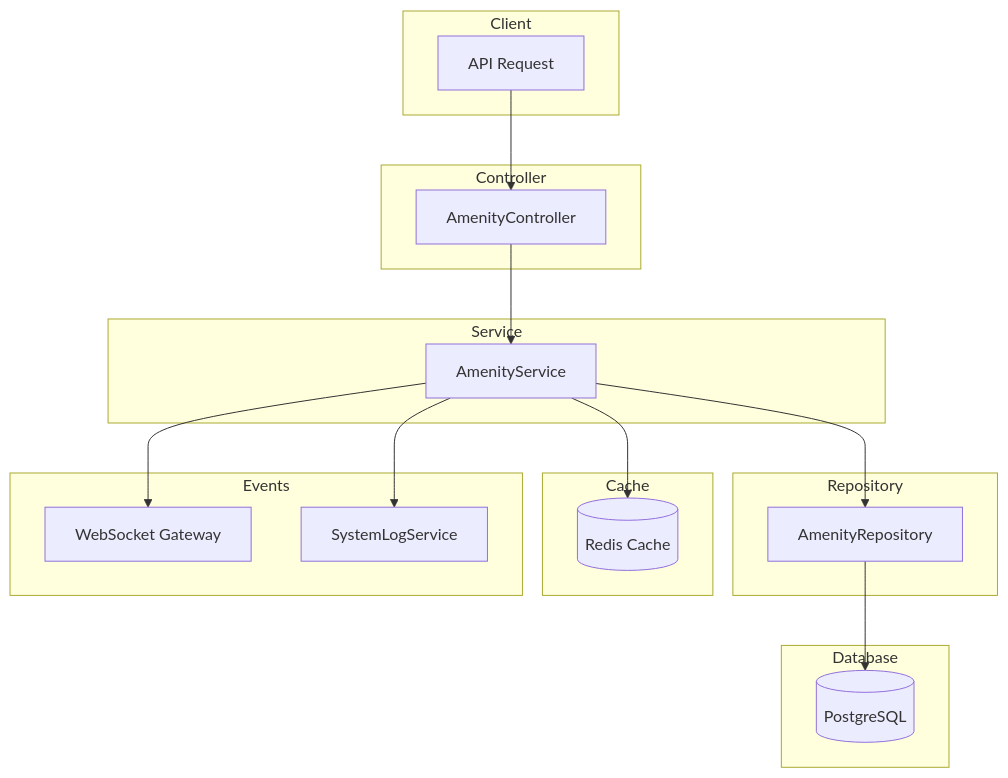
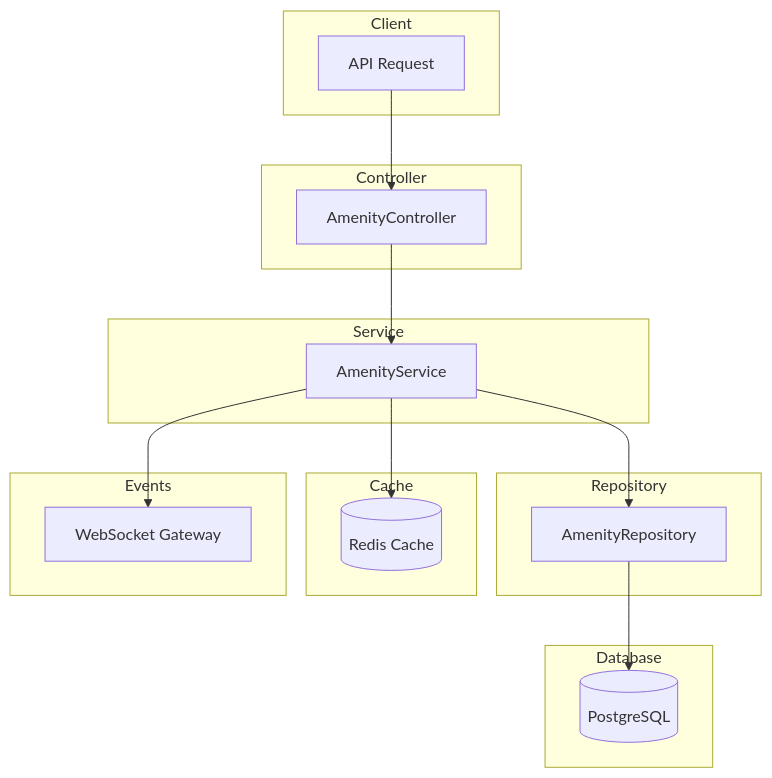
One commit to ZombieGenZ/gen-hub changed the diagram in server/documents/api-document/amenity-module.md. Above: the diagram before and after it, drawn with Mermaid. The commit also changed other lines of this file and 25 other files, not shown here.

````diff
--- a/server/documents/api-document/amenity-module.md
+++ b/server/documents/api-document/amenity-module.md
@@ -19,39 +11,37 @@
 ```mermaid
 flowchart TB
     subgraph Client
         A[API Request]
     end
-
+    
     subgraph Controller
         B[AmenityController]
     end
-
+    
     subgraph Service
         C[AmenityService]
     end
-
+    
     subgraph Repository
         D[AmenityRepository]
     end
-
+    
     subgraph Cache
         E[(Redis Cache)]
     end
-
+    
     subgraph Database
         F[(PostgreSQL)]
     end
-
+    
     subgraph Events
         G[WebSocket Gateway]
-        H[SystemLogService]
     end
-
+    
     A --> B
     B --> C
     C --> D
     C --> E
     D --> F
     C --> G
-    C --> H
 ```
````
